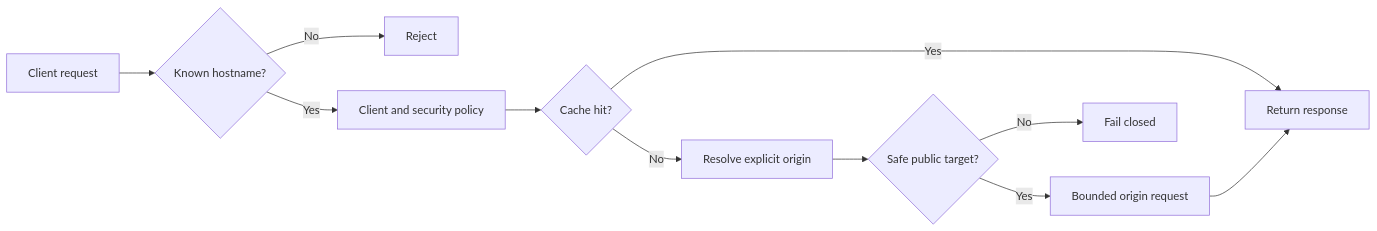
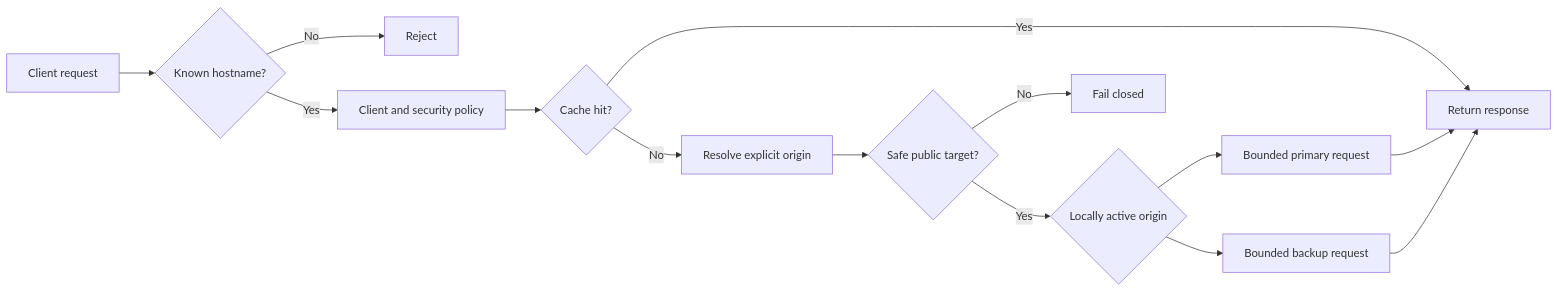
The diagram in docs/guides/proxy-and-origins.md (vaheed/CDNFoundry), drawn with Mermaid before and after one commit. The commit also changed other lines of this file and 20 other files, not shown here.

First line of the commit message:
feat: implement active-passive origin failover with telemetry and configuration updates

````diff
--- a/docs/guides/proxy-and-origins.md
+++ b/docs/guides/proxy-and-origins.md
@@ -16,13 +16,16 @@
 ```mermaid
 flowchart LR
     Request["Client request"] --> Host{"Known hostname?"}
     Host -- No --> Reject["Reject"]
     Host -- Yes --> Security["Client and security policy"]
     Security --> Cache{"Cache hit?"}
     Cache -- Yes --> Return["Return response"]
     Cache -- No --> Resolve["Resolve explicit origin"]
     Resolve --> Safe{"Safe public target?"}
     Safe -- No --> Fail["Fail closed"]
-    Safe -- Yes --> Origin["Bounded origin request"]
-    Origin --> Return
+    Safe -- Yes --> Origin{"Locally active origin"}
+    Origin --> Primary["Bounded primary request"]
+    Origin --> Backup["Bounded backup request"]
+    Primary --> Return
+    Backup --> Return
 ```
````
